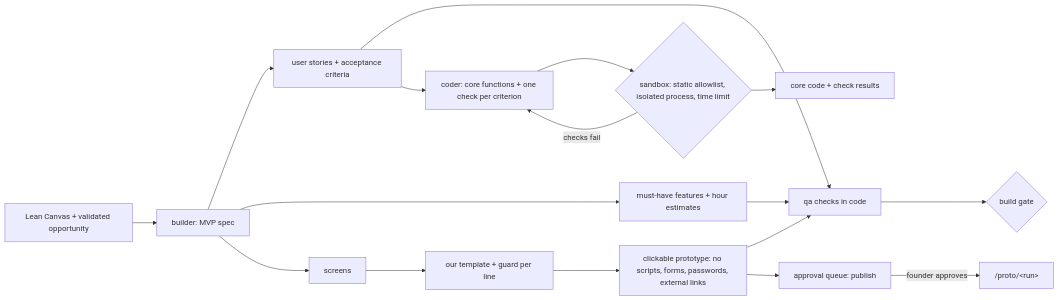
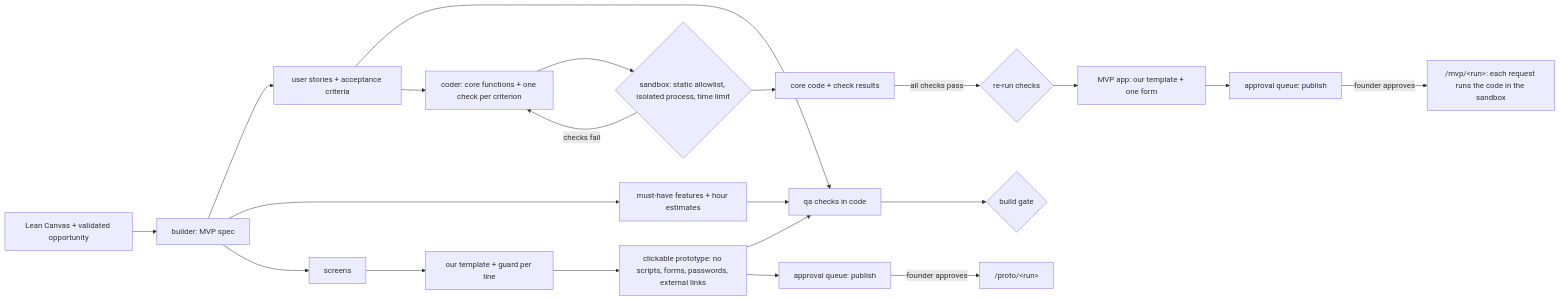
The fifth of 9 diagrams in ARCHITECTURE.md (Elgahmy1/founder-agents), drawn with Mermaid before and after one commit. The commit also changed other lines of this file and 6 other files, not shown here.

First line of the commit message:
Phase 3 step 5: the tested core code becomes a working MVP web app at /mvp/<run>, published after founder approval; each request runs the code in the sandbox (sandbox.call)

````diff
--- a/ARCHITECTURE.md
+++ b/ARCHITECTURE.md
@@ -135,18 +135,21 @@
 ```mermaid
 flowchart LR
     CV[Lean Canvas + validated opportunity] --> BU[builder: MVP spec]
     BU --> US[user stories + acceptance criteria]
     BU --> FE[must-have features + hour estimates]
     BU --> SC[screens]
     SC --> TP[our template + guard per line]
     TP --> PR[clickable prototype: no scripts, forms, passwords, external links]
     US --> QA[qa checks in code]
     FE --> QA
     PR --> QA
     QA --> G3{build gate}
     PR --> AQ[approval queue: publish] -- founder approves --> PX["/proto/&lt;run&gt;"]
     US --> CO[coder: core functions + one check per criterion]
     CO --> SB{sandbox: static allowlist, isolated process, time limit}
     SB -- checks fail --> CO
     SB --> CR[core code + check results]
+    CR -- all checks pass --> RR{re-run checks}
+    RR --> MV[MVP app: our template + one form]
+    MV --> AQ2[approval queue: publish] -- founder approves --> MX["/mvp/&lt;run&gt;: each request runs the code in the sandbox"]
 ```
````
